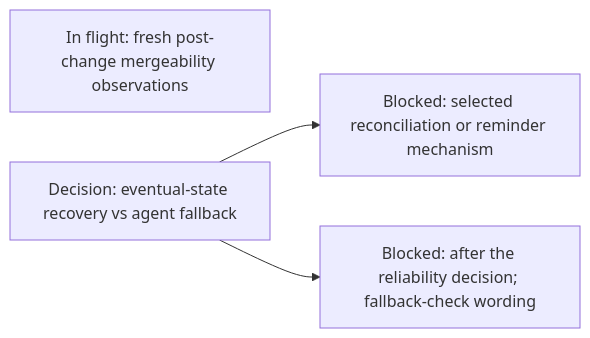
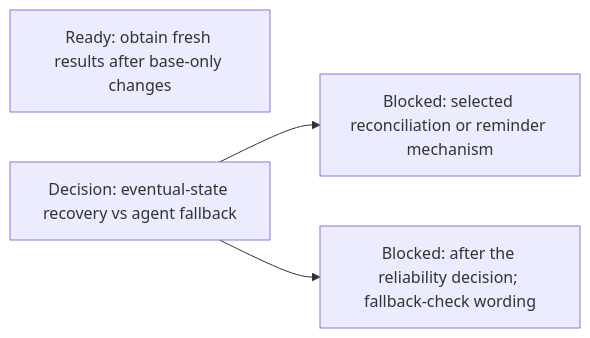
Before and after one commit to agentydragon-agent/ducktape: the fifth of 21 diagrams in agentplane/plans/task_dag.md, drawn with Mermaid. The commit also changed other lines of this file and 3 other files, not shown here.

````diff
--- a/agentplane/plans/task_dag.md
+++ b/agentplane/plans/task_dag.md
@@ -243,9 +245,9 @@
 ```mermaid
 flowchart LR
-    GITHUB_MERGEABILITY_FRESHNESS[In flight: fresh post-change mergeability observations]
+    GITHUB_MERGEABILITY_FRESHNESS[Ready: obtain fresh results after base-only changes]
     GITHUB_NOTICE_RELIABILITY_DESIGN[Decision: eventual-state recovery vs agent fallback]
     GITHUB_NOTIFICATION_RECOVERY[Blocked: selected reconciliation or reminder mechanism]
     GITHUB_SHEPHERD_GUIDANCE[Blocked: after the reliability decision; fallback-check wording]
     GITHUB_NOTICE_RELIABILITY_DESIGN --> GITHUB_NOTIFICATION_RECOVERY
     GITHUB_NOTICE_RELIABILITY_DESIGN --> GITHUB_SHEPHERD_GUIDANCE
 ```
````
